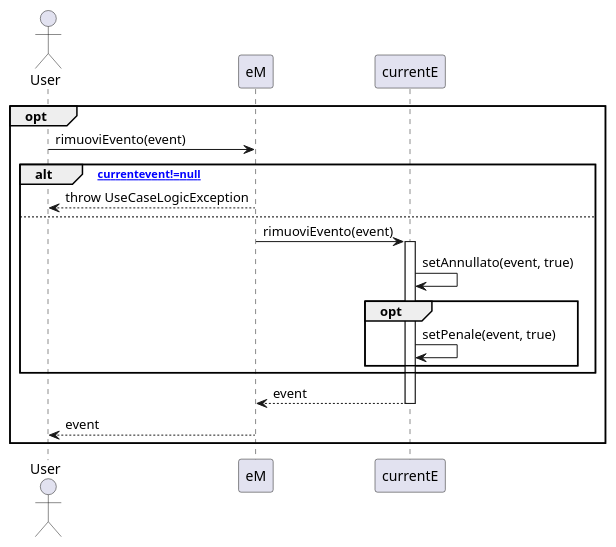
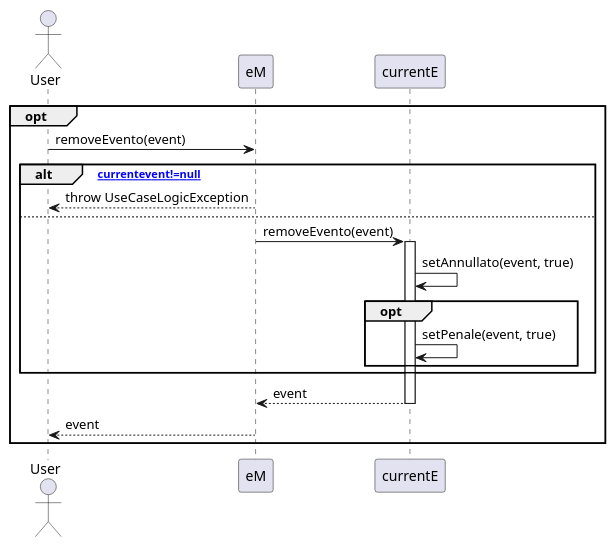
Before and after one commit to m0canu1/sas: the diagram in dsd/dsd-eventi/rimuoviEvento.md, drawn with PlantUML. The commit also changed 2 other files, not shown here.

Commit message:
Correzioni sul linguaggio e sui metodi

````diff
--- a/dsd/dsd-eventi/rimuoviEvento.md
+++ b/dsd/dsd-eventi/rimuoviEvento.md
@@ -1,26 +1,26 @@
 ```plantuml
 Actor User
 Participant eM
 Participant currentE
 
 opt
-    User -> eM: rimuoviEvento(event)
+    User -> eM: removeEvento(event)
     alt [currentevent!=null]
         eM --> User: throw UseCaseLogicException
     else
-        eM -> currentE: rimuoviEvento(event)
+        eM -> currentE: removeEvento(event)
         Activate currentE
 
         currentE -> currentE: setAnnullato(event, true)
         opt 
             currentE -> currentE: setPenale(event, true)
         end
     end
     currentE --> eM: event
     Deactivate currentE
 
     eM --> User: event
 end
 
 
 ```
````
